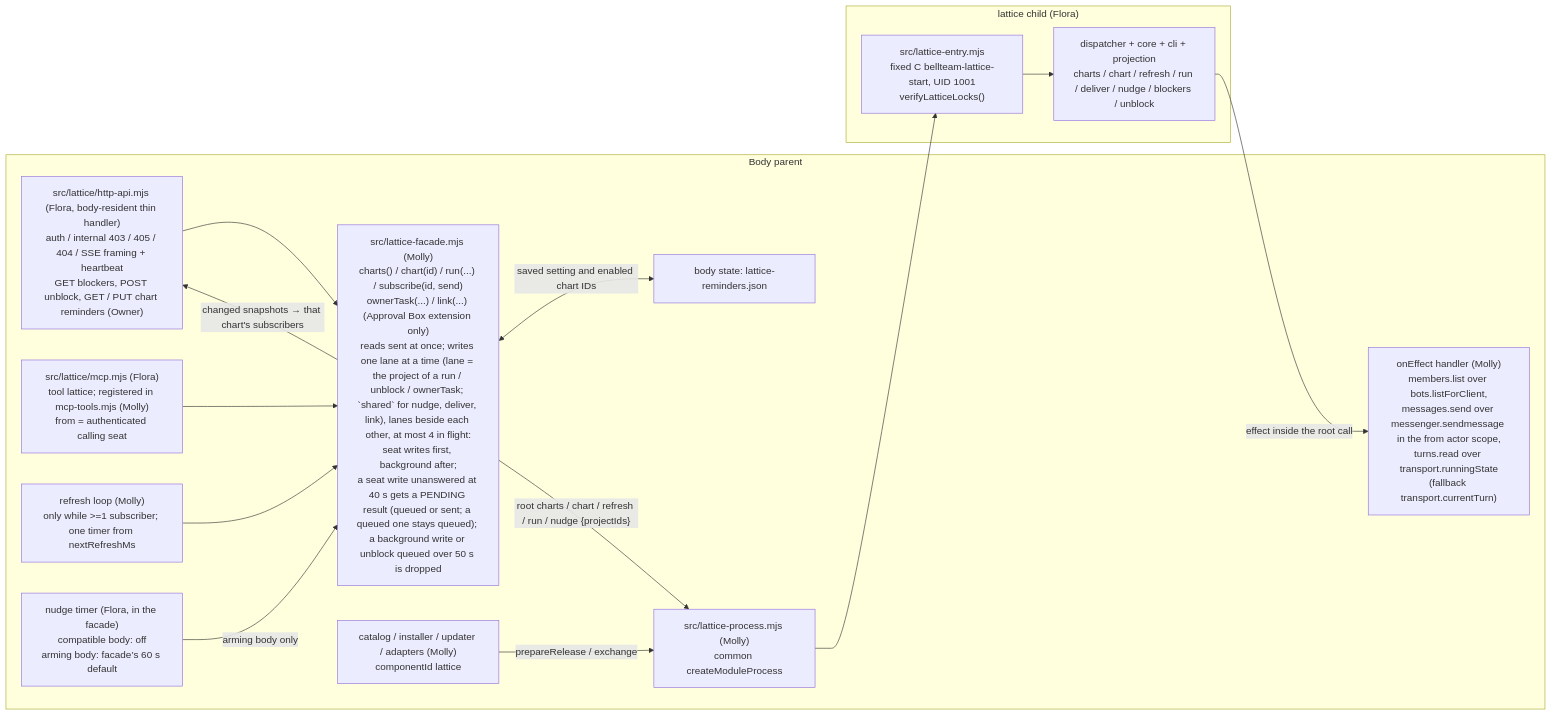
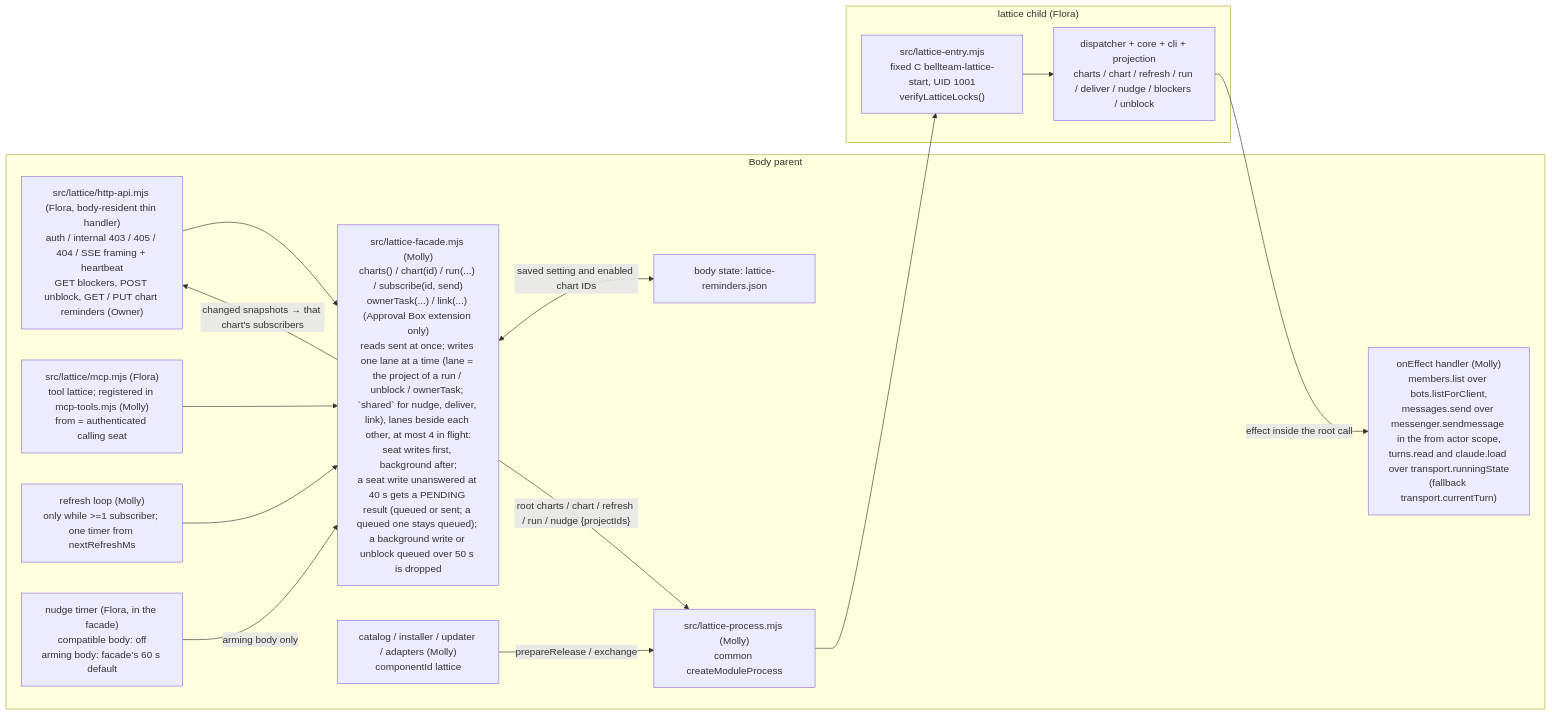
Before and after one commit to kitepon/BellTeam: the diagram in docs/architecture/modules/runtime/lattice-child.md, drawn with Mermaid. The commit also changed other lines of this file and 8 other files, not shown here.

````diff
--- a/docs/architecture/modules/runtime/lattice-child.md
+++ b/docs/architecture/modules/runtime/lattice-child.md
@@ -7,28 +7,28 @@
 ```mermaid
 flowchart LR
   subgraph Parent["Body parent"]
     Route["src/lattice/http-api.mjs (Flora, body-resident thin handler)<br/>auth / internal 403 / 405 / 404 / SSE framing + heartbeat<br/>GET blockers, POST unblock, GET / PUT chart reminders (Owner)"]
     Tool["src/lattice/mcp.mjs (Flora)<br/>tool lattice; registered in mcp-tools.mjs (Molly)<br/>from = authenticated calling seat"]
     Facade["src/lattice-facade.mjs (Molly)<br/>charts() / chart(id) / run(...) / subscribe(id, send)<br/>ownerTask(...) / link(...) (Approval Box extension only)<br/>reads sent at once; writes one lane at a time (lane = the project of a run / unblock / ownerTask; `shared` for nudge, deliver, link), lanes beside each other, at most 4 in flight:<br/>seat writes first, background after;<br/>a seat write unanswered at 40 s gets a PENDING result (queued or sent; a queued one stays queued); a background write or unblock queued over 50 s is dropped"]
     Loop["refresh loop (Molly)<br/>only while >=1 subscriber; one timer from nextRefreshMs"]
     Nudge["nudge timer (Flora, in the facade)<br/>compatible body: off<br/>arming body: facade’s 60 s default"]
     Settings["body state: lattice-reminders.json"]
     Proc["src/lattice-process.mjs (Molly)<br/>common createModuleProcess"]
-    Ports["onEffect handler (Molly)<br/>members.list over bots.listForClient,<br/>messages.send over messenger.sendmessage in the from actor scope,<br/>turns.read over transport.runningState<br/>(fallback transport.currentTurn)"]
+    Ports["onEffect handler (Molly)<br/>members.list over bots.listForClient,<br/>messages.send over messenger.sendmessage in the from actor scope,<br/>turns.read and claude.load over transport.runningState<br/>(fallback transport.currentTurn)"]
     Update["catalog / installer / updater / adapters (Molly)<br/>componentId lattice"]
   end
   subgraph Child["lattice child (Flora)"]
     Entry["src/lattice-entry.mjs<br/>fixed C bellteam-lattice-start, UID 1001<br/>verifyLatticeLocks()"]
     Disp["dispatcher + core + cli + projection<br/>charts / chart / refresh / run / deliver / nudge / blockers / unblock"]
   end
   Route --> Facade
   Tool --> Facade
   Loop --> Facade
   Nudge -->|"arming body only"| Facade
   Facade <-->|"saved setting and enabled chart IDs"| Settings
   Facade -->|"root charts / chart / refresh / run / nudge {projectIds}"| Proc
   Proc --> Entry --> Disp
   Disp -->|"effect inside the root call"| Ports
   Facade -->|"changed snapshots → that chart's subscribers"| Route
   Update -->|"prepareRelease / exchange"| Proc
 ```
````
